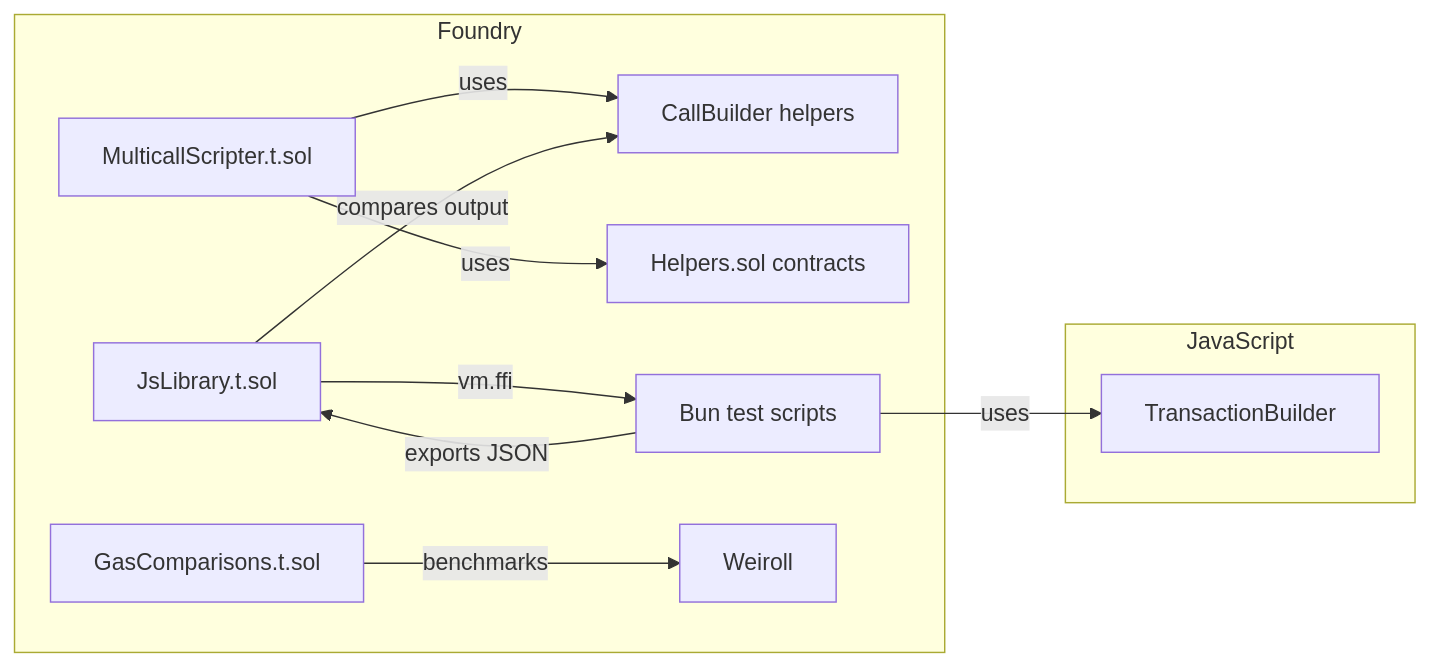
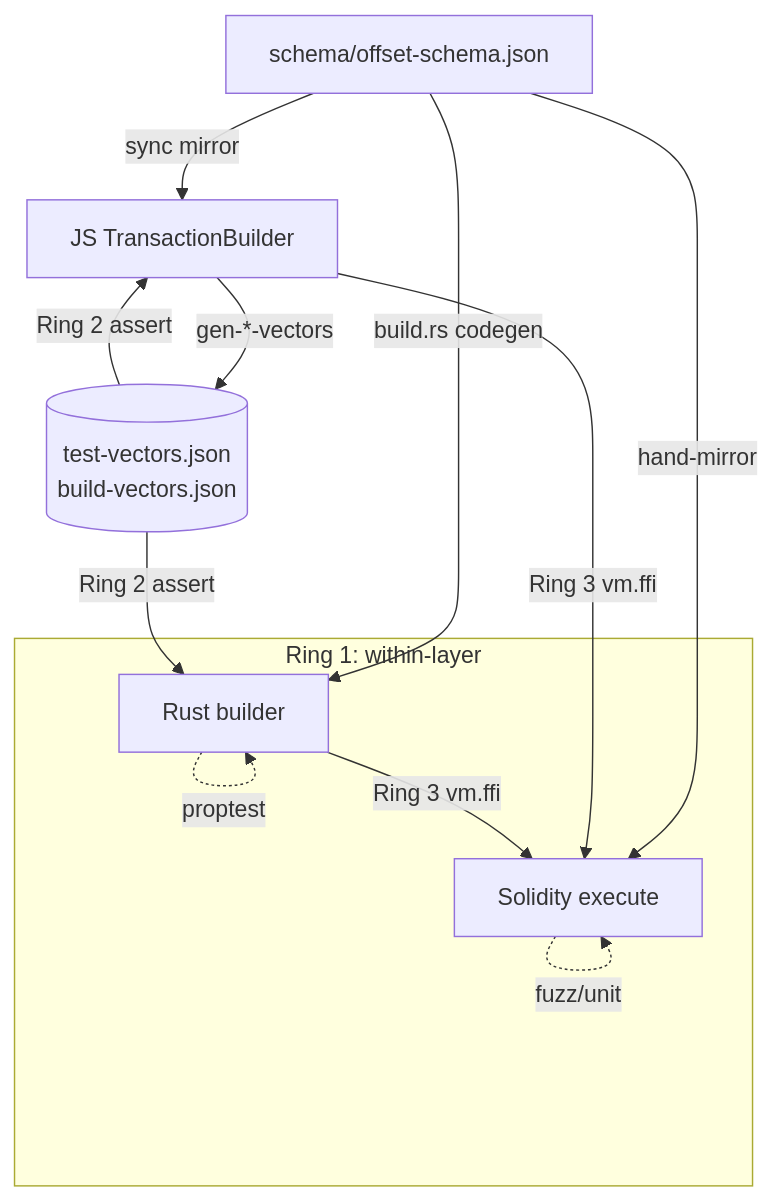
One commit to 0xdewy/multicall-scripting changed the diagram in docs/testing.md. Above: the diagram before and after it, drawn with Mermaid. The commit also changed other lines of this file and 38 other files, not shown here.

Commit message:
feat: rust library, use offset schema

````diff
--- a/docs/testing.md
+++ b/docs/testing.md
@@ -22,14 +62,18 @@
 ```mermaid
-graph LR
-    subgraph Foundry
-        MT[MulticallScripter.t.sol] -->|uses| CB[CallBuilder helpers]
-        MT -->|uses| HL[Helpers.sol contracts]
-        JL[JsLibrary.t.sol] -->|vm.ffi| JS_TESTS[Bun test scripts]
-        JL -->|compares output| CB
-        GC[GasComparisons.t.sol] -->|benchmarks| WR[Weiroll]
-    end
-    subgraph JavaScript
-        JS_TESTS -->|uses| TB[TransactionBuilder]
-        JS_TESTS -->|exports JSON| JL
+graph TD
+    SCHEMA[schema/offset-schema.json] -->|hand-mirror| SOL[Solidity execute]
+    SCHEMA -->|sync mirror| JS[JS TransactionBuilder]
+    SCHEMA -->|build.rs codegen| RS[Rust builder]
+
+    JS -->|gen-*-vectors| VEC[(test-vectors.json<br/>build-vectors.json)]
+    VEC -->|Ring 2 assert| JS
+    VEC -->|Ring 2 assert| RS
+
+    JS -->|Ring 3 vm.ffi| SOL
+    RS -->|Ring 3 vm.ffi| SOL
+
+    subgraph Ring1[Ring 1: within-layer]
+        RS -. proptest .-> RS
+        SOL -. fuzz/unit .-> SOL
     end
 ```
````
